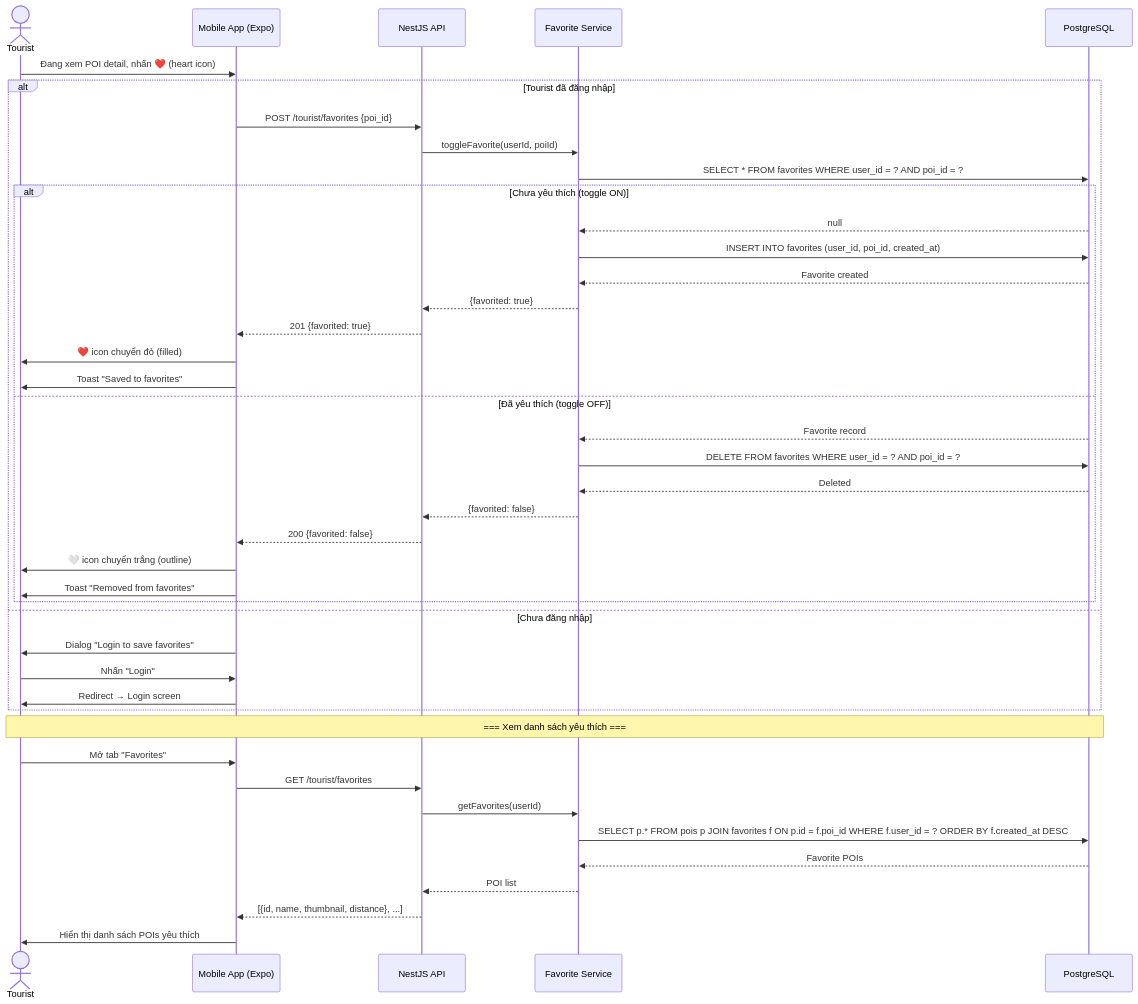
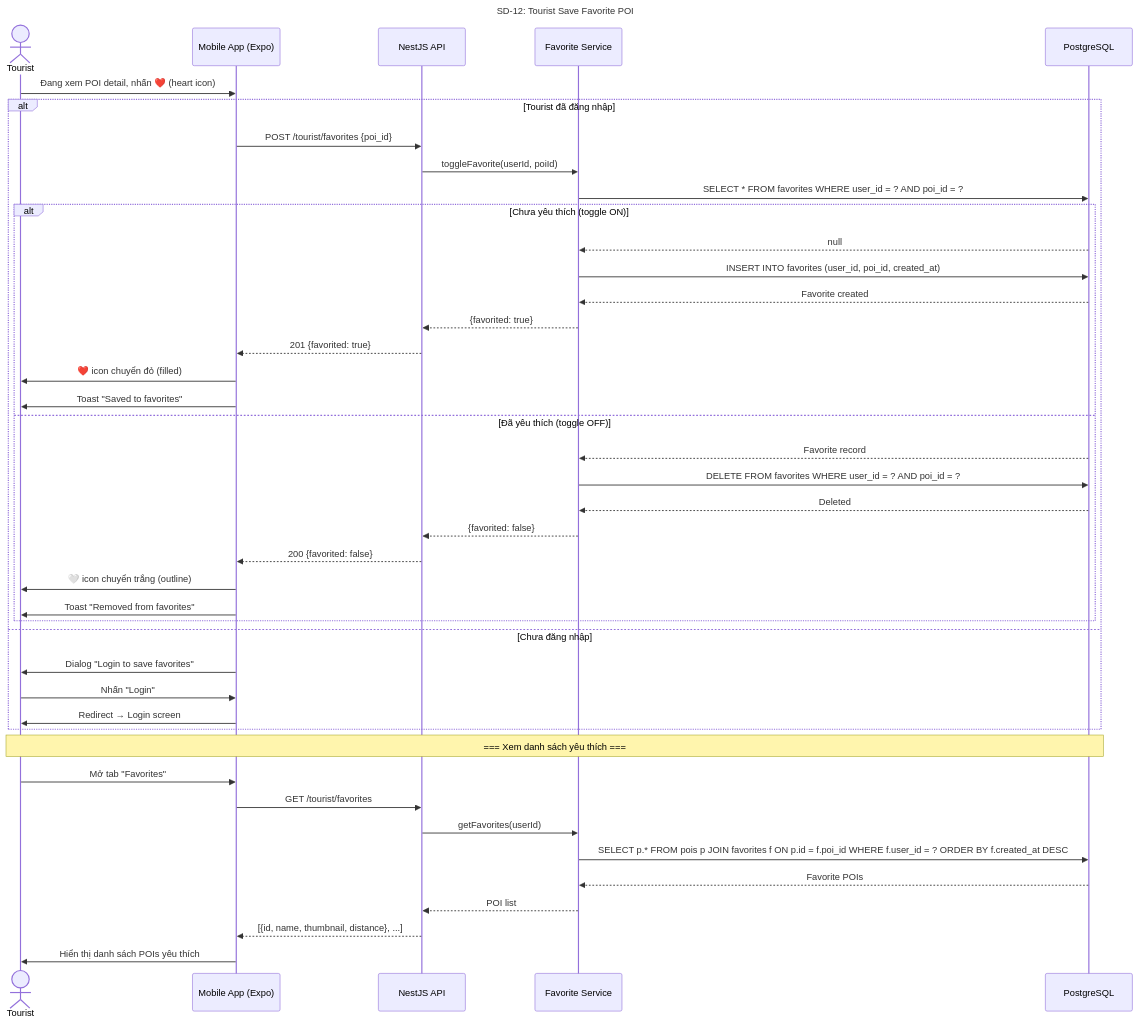
One commit to Ttuandatt/Seminar changed diagram 12 of 17 in docs/step3_prd/15_sequence_diagrams.md. Above: the diagram before and after it, drawn with Mermaid. The commit also changed other lines of this file, not shown here.

Commit message:
docs(sequence): add title labels to all 17 mermaid sequence diagrams for draw.io identification

````diff
--- a/docs/step3_prd/15_sequence_diagrams.md
+++ b/docs/step3_prd/15_sequence_diagrams.md
@@ -567,48 +578,49 @@
 ```mermaid
 sequenceDiagram
+    title SD-12: Tourist Save Favorite POI
     actor Tourist
     participant App as Mobile App (Expo)
     participant API as NestJS API
     participant Fav as Favorite Service
     participant DB as PostgreSQL
 
     Tourist->>App: Đang xem POI detail, nhấn ❤️ (heart icon)
     
     alt Tourist đã đăng nhập
         App->>API: POST /tourist/favorites {poi_id}
         API->>Fav: toggleFavorite(userId, poiId)
         Fav->>DB: SELECT * FROM favorites WHERE user_id = ? AND poi_id = ?
         
         alt Chưa yêu thích (toggle ON)
             DB-->>Fav: null
             Fav->>DB: INSERT INTO favorites (user_id, poi_id, created_at)
             DB-->>Fav: Favorite created
             Fav-->>API: {favorited: true}
             API-->>App: 201 {favorited: true}
             App->>Tourist: ❤️ icon chuyển đỏ (filled)
             App->>Tourist: Toast "Saved to favorites"
         else Đã yêu thích (toggle OFF)
             DB-->>Fav: Favorite record
             Fav->>DB: DELETE FROM favorites WHERE user_id = ? AND poi_id = ?
             DB-->>Fav: Deleted
             Fav-->>API: {favorited: false}
             API-->>App: 200 {favorited: false}
             App->>Tourist: 🤍 icon chuyển trắng (outline)
             App->>Tourist: Toast "Removed from favorites"
         end
     else Chưa đăng nhập
         App->>Tourist: Dialog "Login to save favorites"
         Tourist->>App: Nhấn "Login"
         App->>Tourist: Redirect → Login screen
     end
 
     Note over Tourist, DB: === Xem danh sách yêu thích ===
     Tourist->>App: Mở tab "Favorites"
     App->>API: GET /tourist/favorites
     API->>Fav: getFavorites(userId)
     Fav->>DB: SELECT p.* FROM pois p JOIN favorites f ON p.id = f.poi_id WHERE f.user_id = ? ORDER BY f.created_at DESC
     DB-->>Fav: Favorite POIs
     Fav-->>API: POI list
     API-->>App: [{id, name, thumbnail, distance}, ...]
     App->>Tourist: Hiển thị danh sách POIs yêu thích
 ```
````
